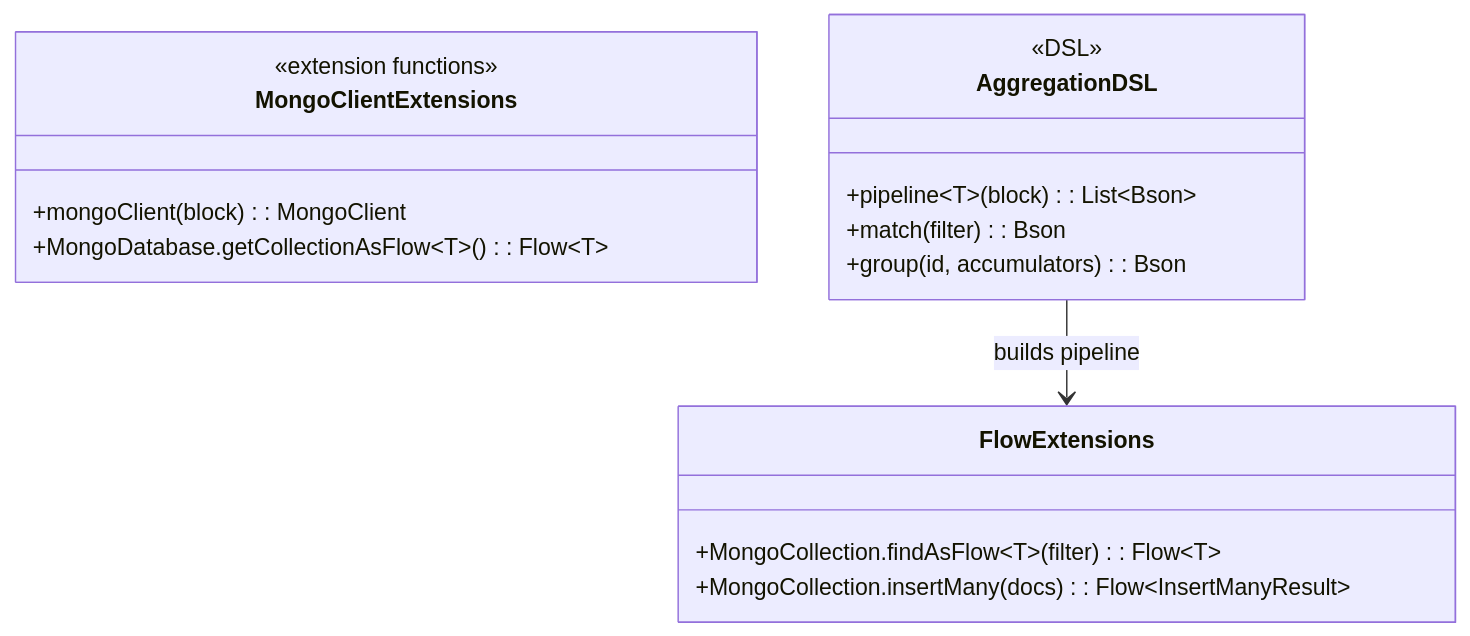
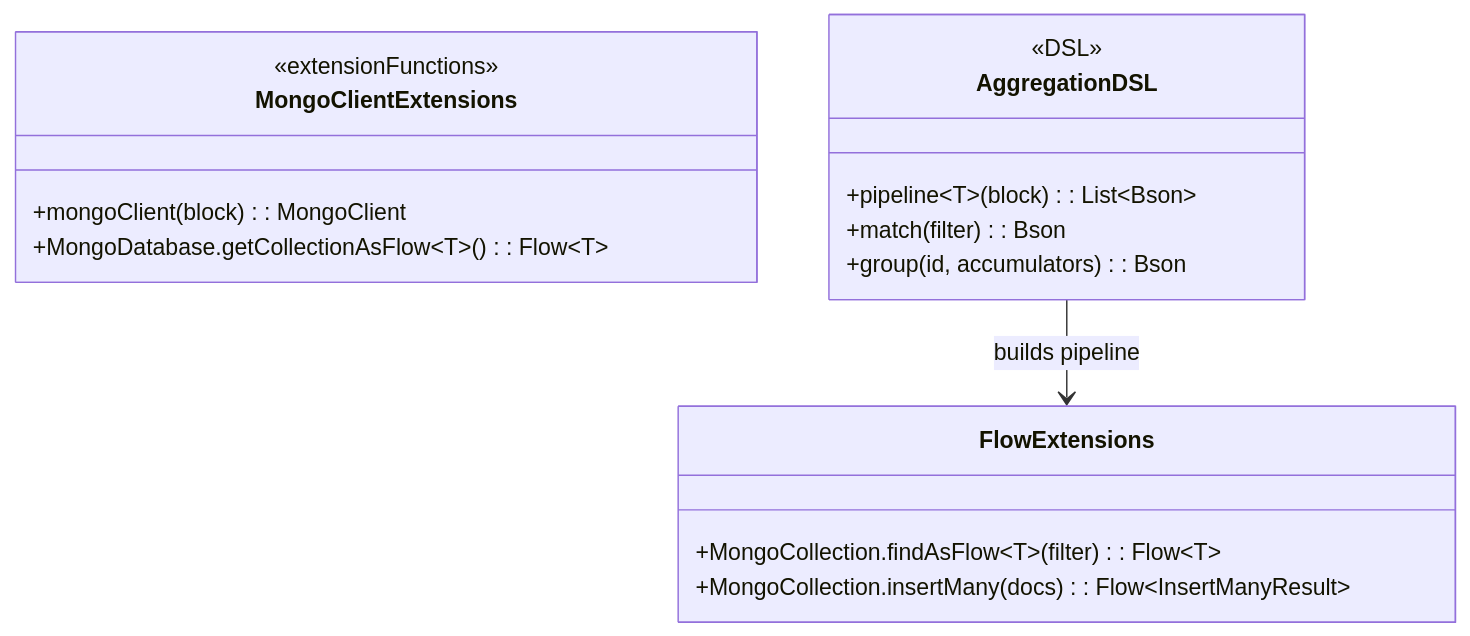
Before and after one commit to bluetape4k/bluetape4k-projects: the first of 3 diagrams in data/mongodb/README.md, drawn with Mermaid. The commit also changed other lines of this file and 95 other files, not shown here.

First line of the commit message:
docs: Mermaid 파서 오류 전체 수정 (IntelliJ IDEA 호환)

````diff
--- a/data/mongodb/README.md
+++ b/data/mongodb/README.md
@@ -181,26 +181,21 @@
 ```mermaid
 classDiagram
     direction TB
     class MongoClientExtensions {
-        <<extension functions>>
+        <<extensionFunctions>>
         +mongoClient(block): MongoClient
         +MongoDatabase.getCollectionAsFlow~T~(): Flow~T~
     }
     class AggregationDSL {
         <<DSL>>
         +pipeline~T~(block): List~Bson~
         +match(filter): Bson
         +group(id, accumulators): Bson
     }
     class FlowExtensions {
         +MongoCollection.findAsFlow~T~(filter): Flow~T~
         +MongoCollection.insertMany(docs): Flow~InsertManyResult~
     }
     AggregationDSL --> FlowExtensions : builds pipeline
 
-    classDef serviceStyle fill:#4CAF50
-    classDef dbStyle fill:#607D8B
-    class MongoClientExtensions:::dbStyle
-    class AggregationDSL:::serviceStyle
-    class FlowExtensions:::serviceStyle
 ```
````
